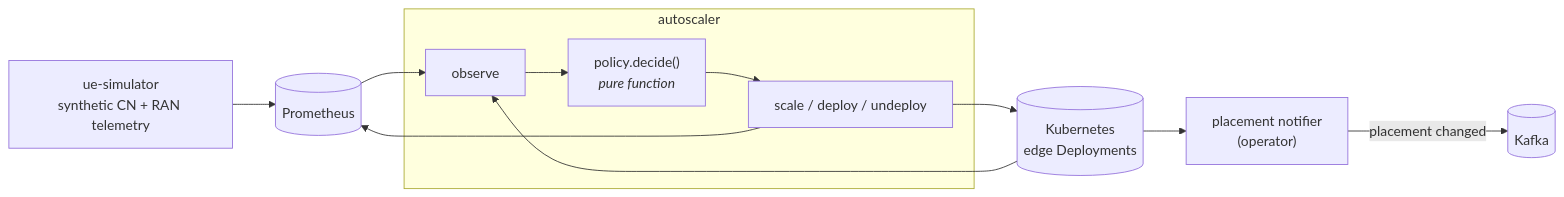
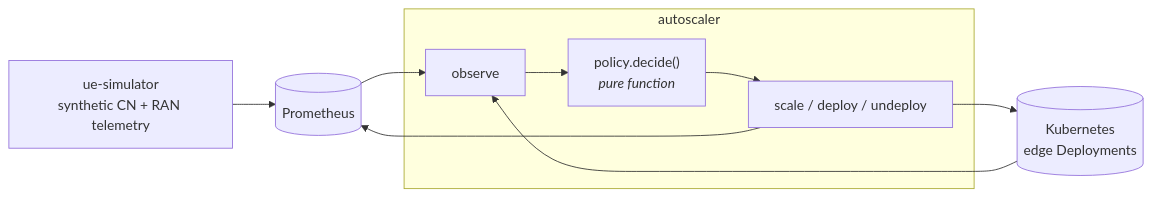
Before and after one commit to mdalgitsis/ran-aware-edge-autoscaling: the diagram in README.md, drawn with Mermaid. The commit also changed other lines of this file and 55 other files, not shown here.

First line of the commit message:
Move the placement notifier out to its own repository

````diff
--- a/README.md
+++ b/README.md
@@ -49,16 +49,14 @@
 ```mermaid
 flowchart LR
     sim["ue-simulator<br/>synthetic CN + RAN telemetry"]
     prom[("Prometheus")]
     subgraph loop["autoscaler"]
         observe["observe"] --> policy["policy.decide()<br/><i>pure function</i>"] --> act["scale / deploy / undeploy"]
     end
     k8s[("Kubernetes<br/>edge Deployments")]
-    op["placement notifier<br/>(operator)"]
-    kafka[("Kafka")]
 
     sim --> prom --> observe
     k8s --> observe
-    act --> k8s --> op -->|placement changed| kafka
+    act --> k8s
     act --> prom
 ```
````
